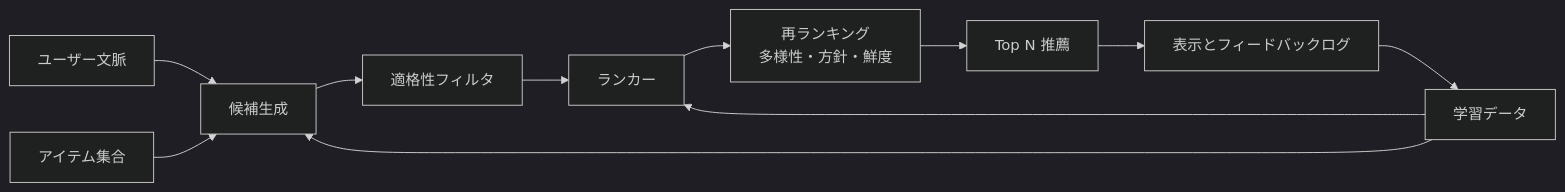
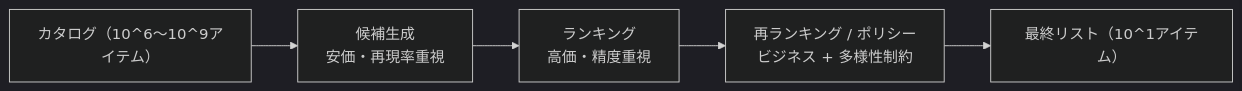
Before and after one commit to binarydevelop/system-design-patterns: the diagram in ja/16-ml-systems/07-recommendation-systems.md, drawn with Mermaid (dark theme). The commit also changed other lines of this file and 9 other files, not shown here.

````diff
--- a/ja/16-ml-systems/07-recommendation-systems.md
+++ b/ja/16-ml-systems/07-recommendation-systems.md
@@ -11,13 +13,7 @@
 ```mermaid
 flowchart LR
-    USER["ユーザー文脈"] --> CAND["候補生成"]
-    ITEM["アイテム集合"] --> CAND
-    CAND --> FILTER["適格性フィルタ"]
-    FILTER --> RANK["ランカー"]
-    RANK --> RERANK["再ランキング<br/>多様性・方針・鮮度"]
-    RERANK --> RESP["Top N 推薦"]
-    RESP --> LOG["表示とフィードバックログ"]
-    LOG --> TRAIN["学習データ"]
-    TRAIN --> CAND
-    TRAIN --> RANK
+    CATALOG["カタログ（10^6〜10^9アイテム）"] --> RETRIEVE["候補生成<br/>安価・再現率重視"]
+    RETRIEVE --> RANK["ランキング<br/>高価・精度重視"]
+    RANK --> RERANK["再ランキング / ポリシー<br/>ビジネス + 多様性制約"]
+    RERANK --> SERVE["最終リスト（10^1アイテム）"]
 ```
````
